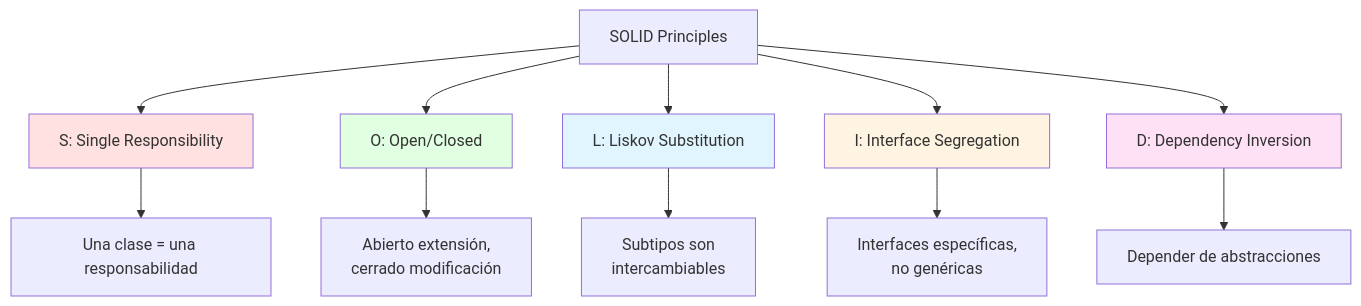
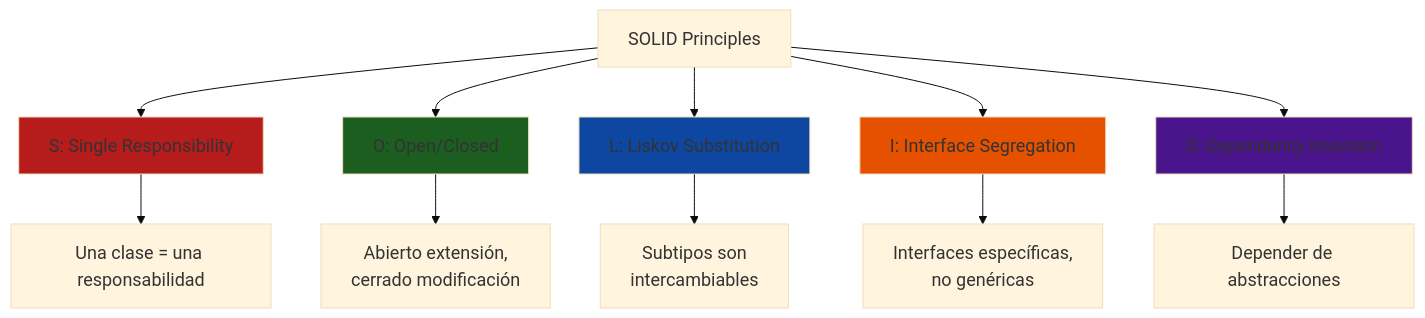
The second of 6 diagrams in courses/🟡-development/FPUNA-2026/01-DESARROLLO-SOFTWARE/02-patrones-diseno.md (Ai-Whisperers/Courses-Content), drawn with Mermaid before and after one commit. The commit also changed other lines of this file and 47 other files, not shown here.

First line of the commit message:
fix: Make all 473 diagrams WCAG AAA accessible (FPUNA-2026)

````diff
--- a/courses/🟡-development/FPUNA-2026/01-DESARROLLO-SOFTWARE/02-patrones-diseno.md
+++ b/courses/🟡-development/FPUNA-2026/01-DESARROLLO-SOFTWARE/02-patrones-diseno.md
@@ -53,20 +54,21 @@
 ```mermaid
+%%{init: {'theme':'base', 'themeVariables': {'fontSize':'18px'}}}%%
 graph TD
     SOLID[SOLID Principles] --> S[S: Single Responsibility]
     SOLID --> O[O: Open/Closed]
     SOLID --> L[L: Liskov Substitution]
     SOLID --> I[I: Interface Segregation]
     SOLID --> D[D: Dependency Inversion]
     
     S --> S1[Una clase = una responsabilidad]
     O --> O1[Abierto extensión,<br/>cerrado modificación]
     L --> L1[Subtipos son<br/>intercambiables]
     I --> I1[Interfaces específicas,<br/>no genéricas]
     D --> D1[Depender de abstracciones]
     
-    style S fill:#FFE1E1
-    style O fill:#E1FFE1
-    style L fill:#E1F5FF
-    style I fill:#FFF4E1
-    style D fill:#FFE1F5
+    style S fill:#b71c1c
+    style O fill:#1b5e20
+    style L fill:#0d47a1
+    style I fill:#e65100
+    style D fill:#4a148c
 ```
````
